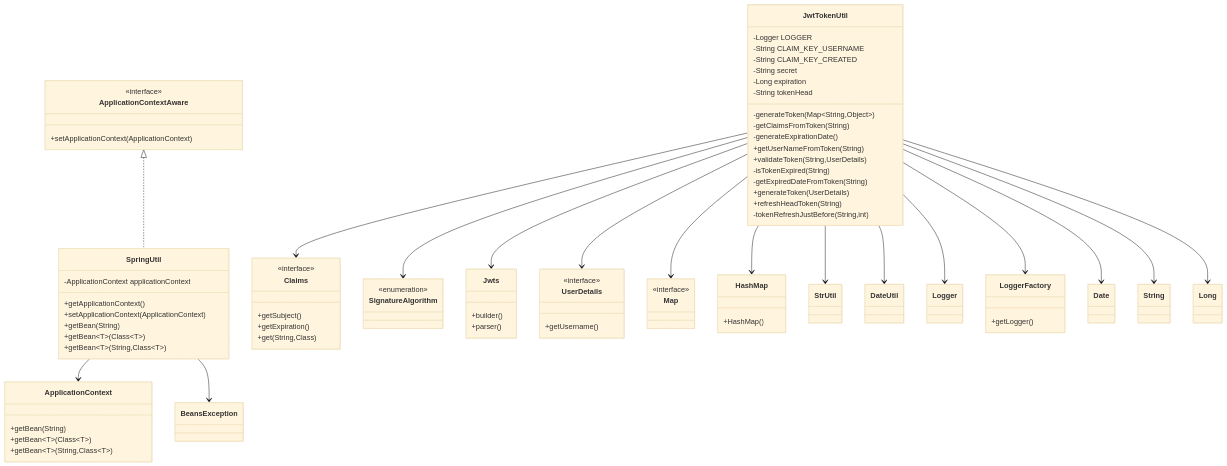
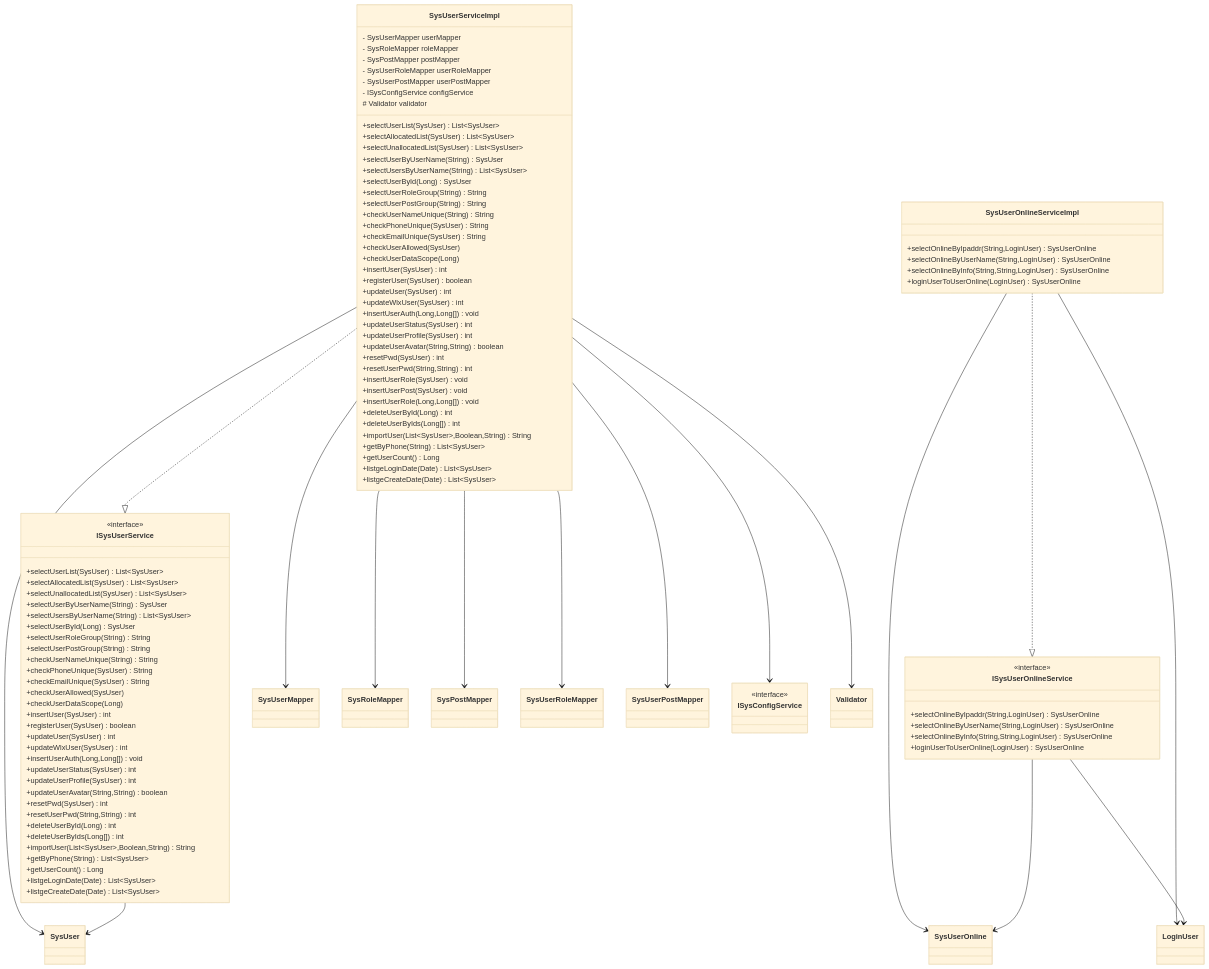
Before and after one commit to gyyggyg/java_wiki: the diagram in graph/uml_mermaid.md, drawn with Mermaid (base theme). The commit also changed other lines of this file and 36 other files, not shown here.

````diff
--- a/graph/uml_mermaid.md
+++ b/graph/uml_mermaid.md
@@ -1,114 +1,146 @@
 ```mermaid
 classDiagram
-    class JwtTokenUtil {
-        -Logger LOGGER
-        -String CLAIM_KEY_USERNAME
-        -String CLAIM_KEY_CREATED
-        -String secret
-        -Long expiration
-        -String tokenHead
-        -generateToken(Map~String,Object~)
-        -getClaimsFromToken(String)
-        -generateExpirationDate()
-        +getUserNameFromToken(String)
-        +validateToken(String,UserDetails)
-        -isTokenExpired(String)
-        -getExpiredDateFromToken(String)
-        +generateToken(UserDetails)
-        +refreshHeadToken(String)
-        -tokenRefreshJustBefore(String,int)
+    class SysUserServiceImpl {
+        - SysUserMapper userMapper
+        - SysRoleMapper roleMapper
+        - SysPostMapper postMapper
+        - SysUserRoleMapper userRoleMapper
+        - SysUserPostMapper userPostMapper
+        - ISysConfigService configService
+        # Validator validator
+        +selectUserList(SysUser) List~SysUser~
+        +selectAllocatedList(SysUser) List~SysUser~
+        +selectUnallocatedList(SysUser) List~SysUser~
+        +selectUserByUserName(String) SysUser
+        +selectUsersByUserName(String) List~SysUser~
+        +selectUserById(Long) SysUser
+        +selectUserRoleGroup(String) String
+        +selectUserPostGroup(String) String
+        +checkUserNameUnique(String) String
+        +checkPhoneUnique(SysUser) String
+        +checkEmailUnique(SysUser) String
+        +checkUserAllowed(SysUser)
+        +checkUserDataScope(Long)
+        +insertUser(SysUser) int
+        +registerUser(SysUser) boolean
+        +updateUser(SysUser) int
+        +updateWlxUser(SysUser) int
+        +insertUserAuth(Long,Long[]) void
+        +updateUserStatus(SysUser) int
+        +updateUserProfile(SysUser) int
+        +updateUserAvatar(String,String) boolean
+        +resetPwd(SysUser) int
+        +resetUserPwd(String,String) int
+        +insertUserRole(SysUser) void
+        +insertUserPost(SysUser) void
+        +insertUserRole(Long,Long[]) void
+        +deleteUserById(Long) int
+        +deleteUserByIds(Long[]) int
+        +importUser(List~SysUser~,Boolean,String) String
+        +getByPhone(String) List~SysUser~
+        +getUserCount() Long
+        +listgeLoginDate(Date) List~SysUser~
+        +listgeCreateDate(Date) List~SysUser~
     }
 
-    class SpringUtil {
-        -ApplicationContext applicationContext
-        +getApplicationContext()
-        +setApplicationContext(ApplicationContext)
-        +getBean(String)
-        +getBean~T~(Class~T~)
-        +getBean~T~(String,Class~T~)
+    class ISysUserService {
+        <<interface>>
+        +selectUserList(SysUser) List~SysUser~
+        +selectAllocatedList(SysUser) List~SysUser~
+        +selectUnallocatedList(SysUser) List~SysUser~
+        +selectUserByUserName(String) SysUser
+        +selectUsersByUserName(String) List~SysUser~
+        +selectUserById(Long) SysUser
+        +selectUserRoleGroup(String) String
+        +selectUserPostGroup(String) String
+        +checkUserNameUnique(String) String
+        +checkPhoneUnique(SysUser) String
+        +checkEmailUnique(SysUser) String
+        +checkUserAllowed(SysUser)
+        +checkUserDataScope(Long)
+        +insertUser(SysUser) int
+        +registerUser(SysUser) boolean
+        +updateUser(SysUser) int
+        +updateWlxUser(SysUser) int
+        +insertUserAuth(Long,Long[]) void
+        +updateUserStatus(SysUser) int
+        +updateUserProfile(SysUser) int
+        +updateUserAvatar(String,String) boolean
+        +resetPwd(SysUser) int
+        +resetUserPwd(String,String) int
+        +deleteUserById(Long) int
+        +deleteUserByIds(Long[]) int
+        +importUser(List~SysUser~,Boolean,String) String
+        +getByPhone(String) List~SysUser~
+        +getUserCount() Long
+        +listgeLoginDate(Date) List~SysUser~
+        +listgeCreateDate(Date) List~SysUser~
     }
 
-    class Claims {
-        <<interface>>
-        +getSubject()
-        +getExpiration()
-        +get(String,Class)
+    class SysUserOnlineServiceImpl {
+        +selectOnlineByIpaddr(String,LoginUser) SysUserOnline
+        +selectOnlineByUserName(String,LoginUser) SysUserOnline
+        +selectOnlineByInfo(String,String,LoginUser) SysUserOnline
+        +loginUserToUserOnline(LoginUser) SysUserOnline
     }
 
-    class SignatureAlgorithm {
-        <<enumeration>>
+    class ISysUserOnlineService {
+        <<interface>>
+        +selectOnlineByIpaddr(String,LoginUser) SysUserOnline
+        +selectOnlineByUserName(String,LoginUser) SysUserOnline
+        +selectOnlineByInfo(String,String,LoginUser) SysUserOnline
+        +loginUserToUserOnline(LoginUser) SysUserOnline
     }
 
-    class Jwts {
-        +builder()
-        +parser()
+    class SysUser {
     }
 
-    class UserDetails {
-        <<interface>>
-        +getUsername()
+    class SysUserMapper {
     }
 
-    class Map {
+    class SysRoleMapper {
+    }
+
+    class SysPostMapper {
+    }
+
+    class SysUserRoleMapper {
+    }
+
+    class SysUserPostMapper {
+    }
+
+    class ISysConfigService {
         <<interface>>
     }
 
-    class HashMap {
-        +HashMap()
+    class Validator {
     }
 
-    class StrUtil {
+    class SysUserOnline {
     }
 
-    class DateUtil {
+    class LoginUser {
     }
 
-    class Logger {
-    }
+    SysUserServiceImpl ..|> ISysUserService
+    SysUserOnlineServiceImpl ..|> ISysUserOnlineService
 
-    class LoggerFactory {
-        +getLogger()
-    }
+    SysUserServiceImpl --> SysUserMapper
+    SysUserServiceImpl --> SysRoleMapper
+    SysUserServiceImpl --> SysPostMapper
+    SysUserServiceImpl --> SysUserRoleMapper
+    SysUserServiceImpl --> SysUserPostMapper
+    SysUserServiceImpl --> ISysConfigService
+    SysUserServiceImpl --> Validator
 
-    class Date {
-    }
+    SysUserServiceImpl --> SysUser
+    ISysUserService --> SysUser
 
-    class String {
-    }
+    SysUserOnlineServiceImpl --> SysUserOnline
+    ISysUserOnlineService --> SysUserOnline
 
-    class Long {
-    }
+    SysUserOnlineServiceImpl --> LoginUser
+    ISysUserOnlineService --> LoginUser
 
-    class ApplicationContextAware {
-        <<interface>>
-        +setApplicationContext(ApplicationContext)
-    }
-
-    class ApplicationContext {
-        +getBean(String)
-        +getBean~T~(Class~T~)
-        +getBean~T~(String,Class~T~)
-    }
-
-    class BeansException {
-    }
-
-    %% Relationships
-    JwtTokenUtil --> Logger
-    JwtTokenUtil --> LoggerFactory
-    JwtTokenUtil --> Jwts
-    JwtTokenUtil --> SignatureAlgorithm
-    JwtTokenUtil --> Claims
-    JwtTokenUtil --> UserDetails
-    JwtTokenUtil --> Map
-    JwtTokenUtil --> HashMap
-    JwtTokenUtil --> StrUtil
-    JwtTokenUtil --> DateUtil
-    JwtTokenUtil --> Date
-    JwtTokenUtil --> String
-    JwtTokenUtil --> Long
-
-    ApplicationContextAware <|.. SpringUtil
-    SpringUtil --> ApplicationContext
-    SpringUtil --> BeansException
 ```
````
